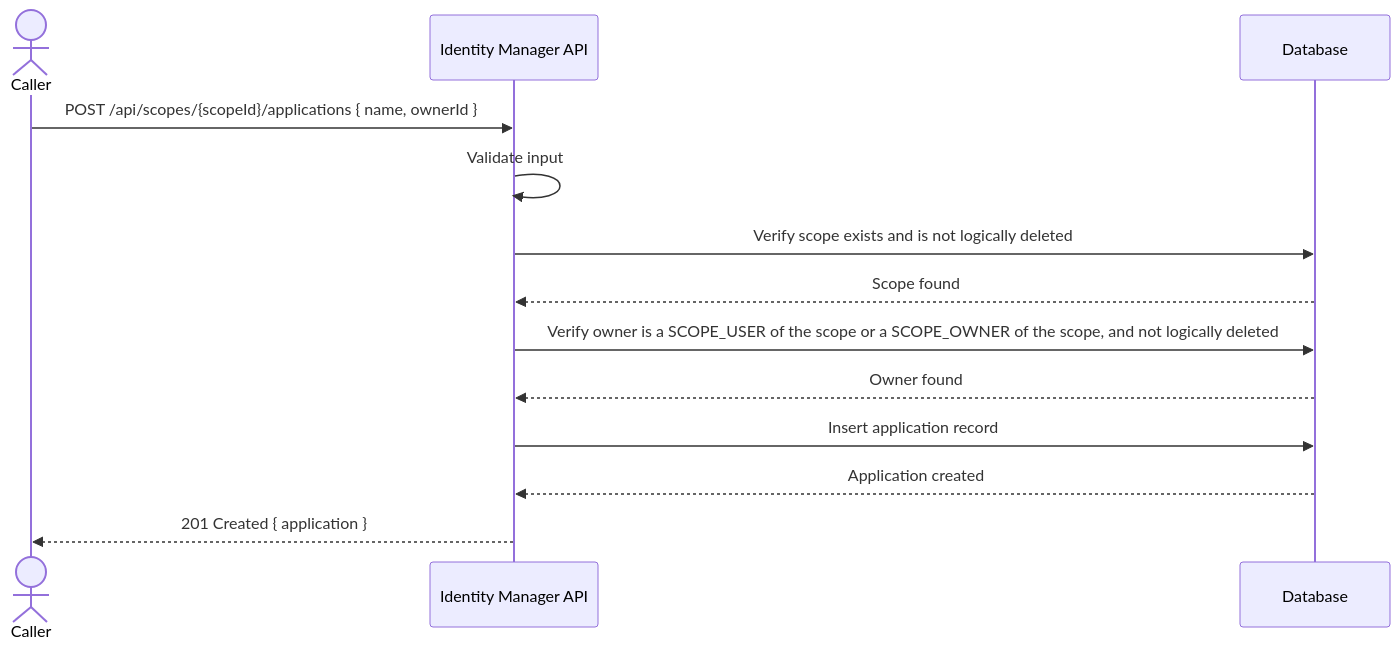
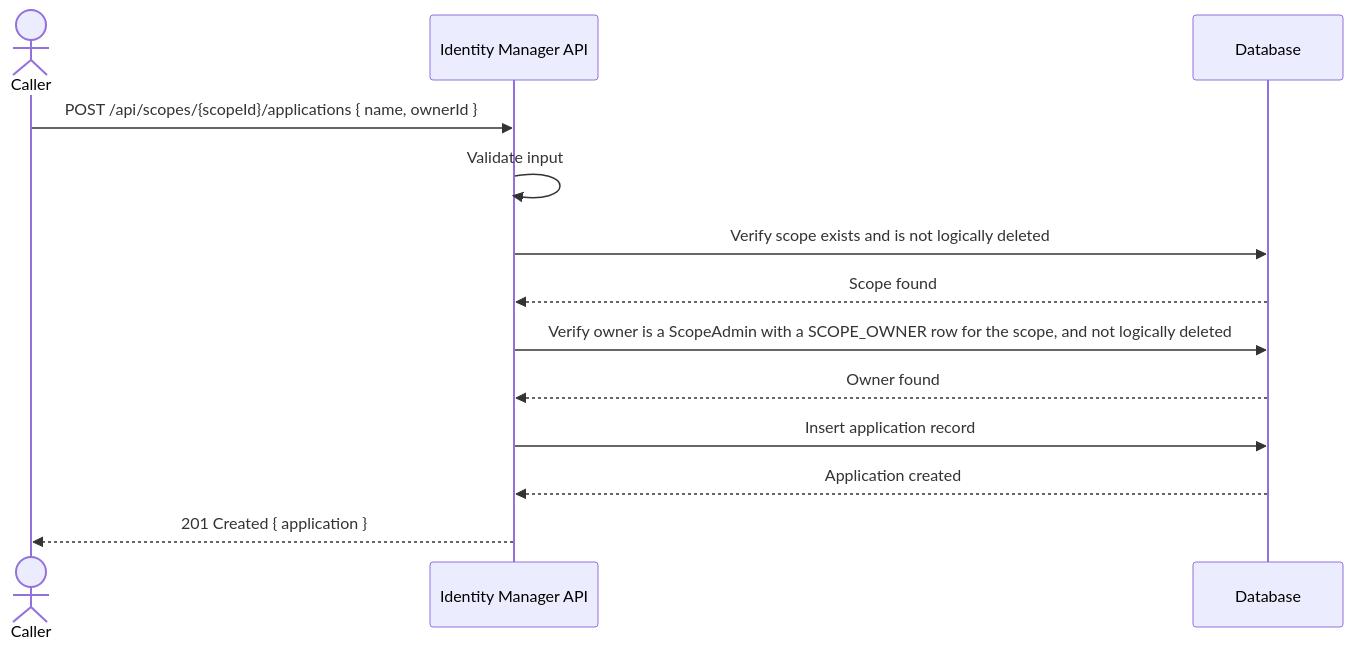
Before and after one commit to artur-rios/heimdall-api: the tenth of 18 diagrams in docs/requirements/Use Case Specification Document.md, drawn with Mermaid. The commit also changed other lines of this file and 22 other files, not shown here.

````diff
--- a/docs/requirements/Use Case Specification Document.md
+++ b/docs/requirements/Use Case Specification Document.md
@@ -852,16 +851,16 @@
 ```mermaid
 sequenceDiagram
     actor Caller
     participant API as Identity Manager API
     participant DB as Database
 
     Caller->>API: POST /api/scopes/{scopeId}/applications { name, ownerId }
     API->>API: Validate input
     API->>DB: Verify scope exists and is not logically deleted
     DB-->>API: Scope found
-    API->>DB: Verify owner is a SCOPE_USER of the scope or a SCOPE_OWNER of the scope, and not logically deleted
+    API->>DB: Verify owner is a ScopeAdmin with a SCOPE_OWNER row for the scope, and not logically deleted
     DB-->>API: Owner found
     API->>DB: Insert application record
     DB-->>API: Application created
     API-->>Caller: 201 Created { application }
 ```
````
